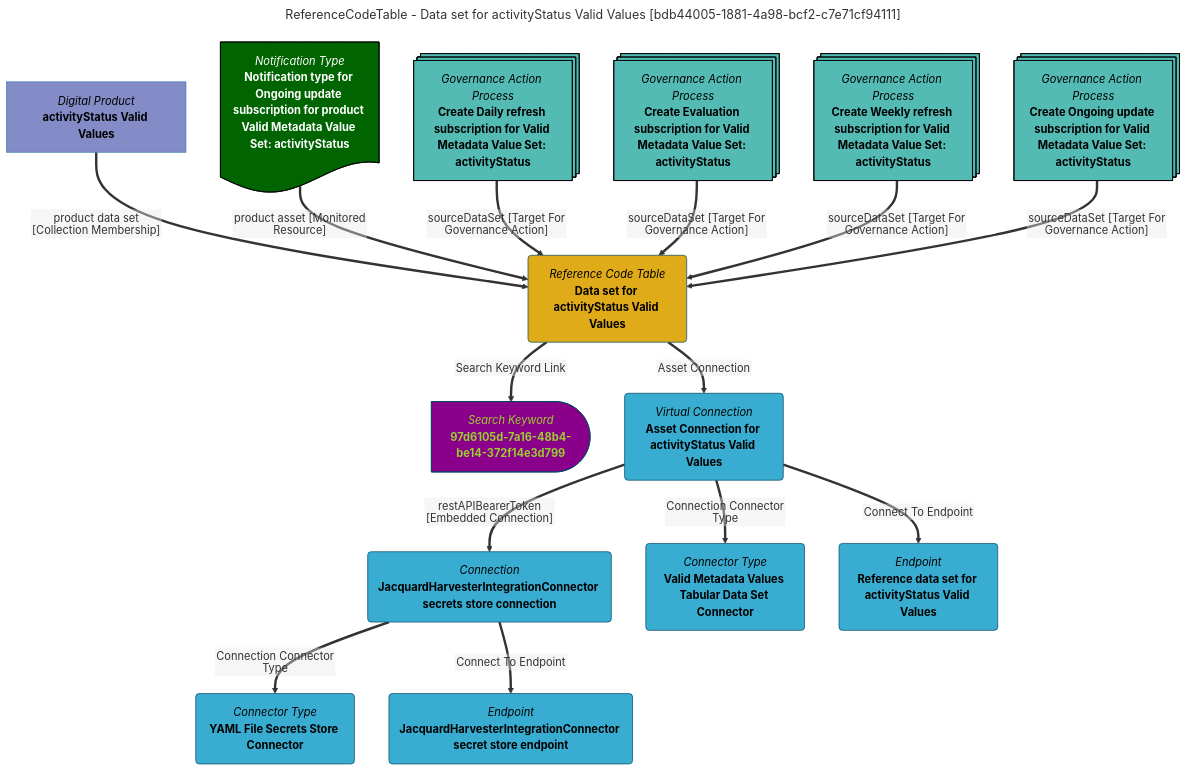
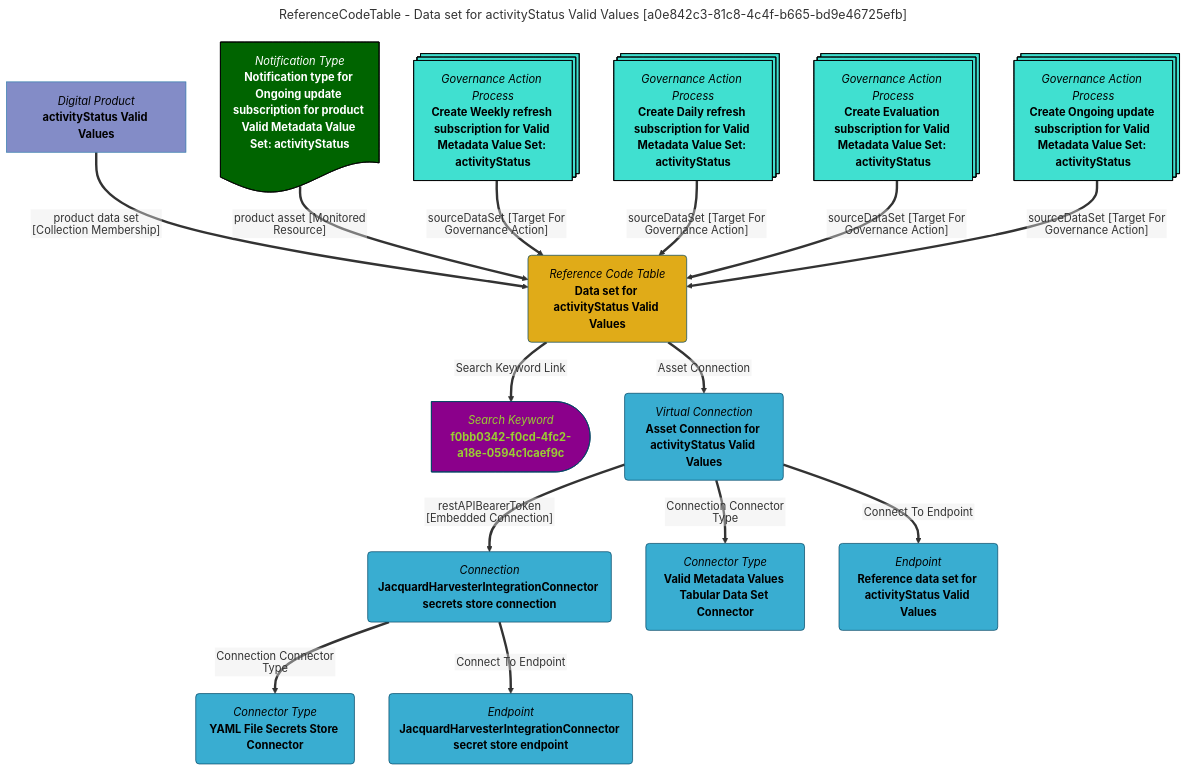
One commit to odpi/egeria-docs changed the diagram in site/snippets/data-assets/data-set-for-activitystatus-valid-values-mermaid-graph.md. Above: the diagram before and after it, drawn with Mermaid. The commit also changed 2201 other files, not shown here.

````diff
--- a/site/snippets/data-assets/data-set-for-activitystatus-valid-values-mermaid-graph.md
+++ b/site/snippets/data-assets/data-set-for-activitystatus-valid-values-mermaid-graph.md
@@ -1,63 +1,63 @@
 ```mermaid
 ---
-title: ReferenceCodeTable - Data set for activityStatus Valid Values [bdb44005-1881-4a98-bcf2-c7e71cf94111]
+title: ReferenceCodeTable - Data set for activityStatus Valid Values [a0e842c3-81c8-4c4f-b665-bd9e46725efb]
 ---
 flowchart TD
 %%{init: {"flowchart": {"htmlLabels": false}} }%%
 
 1@{ shape: rounded, label: "*Reference Code Table*
 **Data set for activityStatus Valid Values**"}
 2@{ shape: delay, label: "*Search Keyword*
-**97d6105d-7a16-48b4-be14-372f14e3d799**"}
+**f0bb0342-f0cd-4fc2-a18e-0594c1caef9c**"}
 1==>|"Search Keyword Link"|2
 3@{ shape: rect, label: "*Digital Product*
 **activityStatus Valid Values**"}
 3==>|"product data set [Collection Membership]"|1
 4@{ shape: rounded, label: "*Virtual Connection*
 **Asset Connection for activityStatus Valid Values**"}
 1==>|"Asset Connection"|4
 5@{ shape: rounded, label: "*Connection*
 **JacquardHarvesterIntegrationConnector secrets store connection**"}
 4==>|"restAPIBearerToken [Embedded Connection]"|5
 6@{ shape: rounded, label: "*Connector Type*
 **YAML File Secrets Store Connector**"}
 5==>|"Connection Connector Type"|6
 7@{ shape: rounded, label: "*Endpoint*
 **JacquardHarvesterIntegrationConnector secret store endpoint**"}
 5==>|"Connect To Endpoint"|7
 8@{ shape: rounded, label: "*Connector Type*
 **Valid Metadata Values Tabular Data Set Connector**"}
 4==>|"Connection Connector Type"|8
 9@{ shape: rounded, label: "*Endpoint*
 **Reference data set for activityStatus Valid Values**"}
 4==>|"Connect To Endpoint"|9
 10@{ shape: doc, label: "*Notification Type*
 **Notification type for Ongoing update subscription for product Valid Metadata Value Set: activityStatus**"}
 10==>|"product asset [Monitored Resource]"|1
 11@{ shape: processes, label: "*Governance Action Process*
-**Create Daily refresh subscription for Valid Metadata Value Set: activityStatus**"}
+**Create Weekly refresh subscription for Valid Metadata Value Set: activityStatus**"}
 11==>|"sourceDataSet [Target For Governance Action]"|1
 12@{ shape: processes, label: "*Governance Action Process*
-**Create Evaluation subscription for Valid Metadata Value Set: activityStatus**"}
+**Create Daily refresh subscription for Valid Metadata Value Set: activityStatus**"}
 12==>|"sourceDataSet [Target For Governance Action]"|1
 13@{ shape: processes, label: "*Governance Action Process*
-**Create Weekly refresh subscription for Valid Metadata Value Set: activityStatus**"}
+**Create Evaluation subscription for Valid Metadata Value Set: activityStatus**"}
 13==>|"sourceDataSet [Target For Governance Action]"|1
 14@{ shape: processes, label: "*Governance Action Process*
 **Create Ongoing update subscription for Valid Metadata Value Set: activityStatus**"}
 14==>|"sourceDataSet [Target For Governance Action]"|1
-style 11 color:#000000, fill:#53bbb4, stroke:#000000
-style 12 color:#000000, fill:#53bbb4, stroke:#000000
-style 13 color:#000000, fill:#53bbb4, stroke:#000000
-style 14 color:#000000, fill:#53bbb4, stroke:#000000
+style 11 color:#000000, fill:#40E0D0, stroke:#000000
+style 12 color:#000000, fill:#40E0D0, stroke:#000000
+style 13 color:#000000, fill:#40E0D0, stroke:#000000
+style 14 color:#000000, fill:#40E0D0, stroke:#000000
 style 1 color:#000000, fill:#e0ab18, stroke:#004563
-style 2 color:#9acd32, fill:#8b008b, stroke:#004563
+style 2 color:#9ACD32, fill:#8B008B, stroke:#004563
 style 3 color:#000000, fill:#838cc7, stroke:#3079ab
 style 4 color:#000000, fill:#39add1, stroke:#004563
 style 5 color:#000000, fill:#39add1, stroke:#004563
 style 6 color:#000000, fill:#39add1, stroke:#004563
 style 7 color:#000000, fill:#39add1, stroke:#004563
 style 8 color:#000000, fill:#39add1, stroke:#004563
 style 9 color:#000000, fill:#39add1, stroke:#004563
 style 10 color:#FFFFFF, fill:#006400, stroke:#000000
 ```
````
